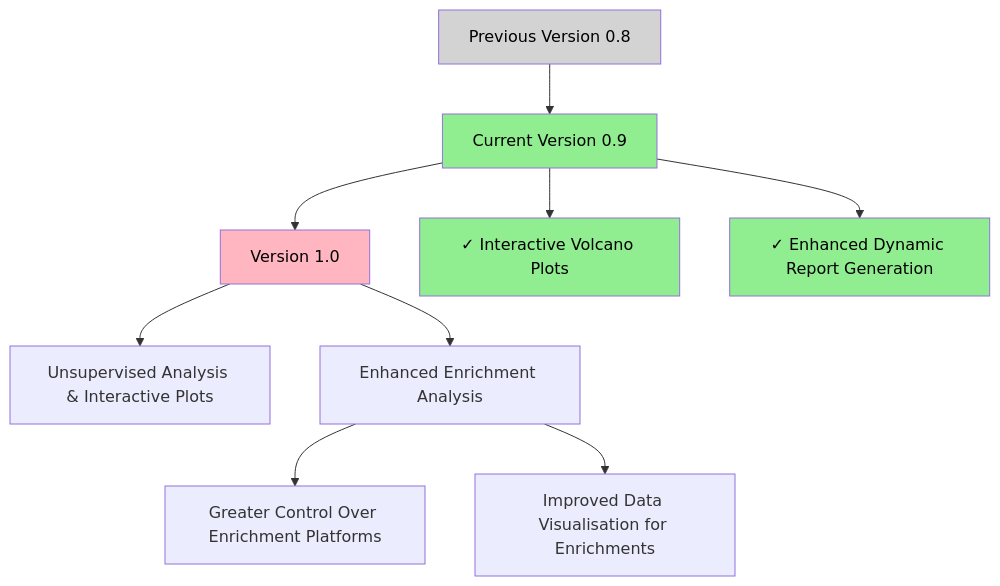
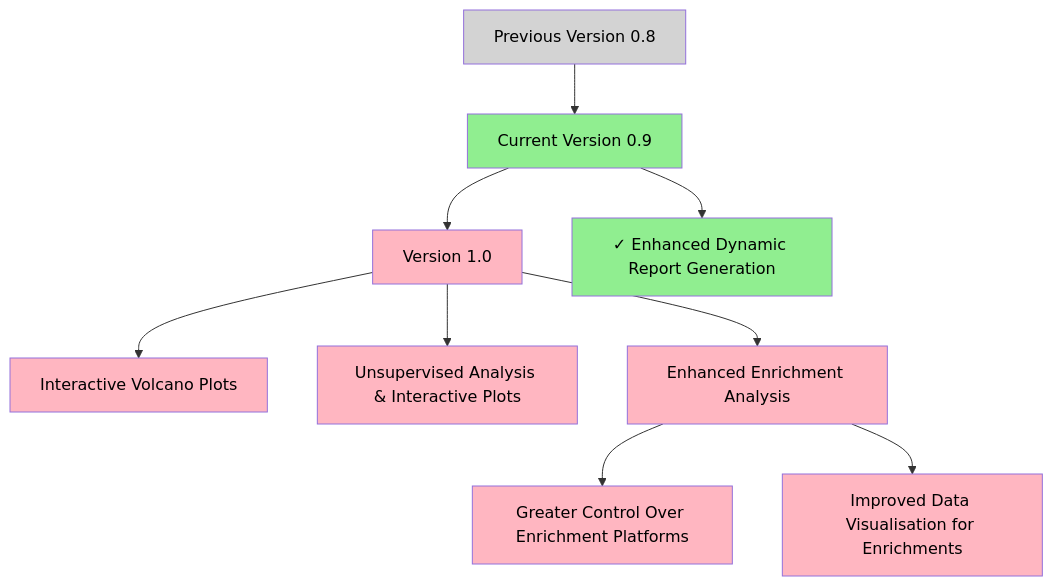
One commit to APAF-bioinformatics/ProteomeScholaR changed the diagram in README.md. Above: the diagram before and after it, drawn with Mermaid.

Commit message:
update roadmap in readme

````diff
--- a/README.md
+++ b/README.md
@@ -83,16 +83,20 @@
 ```mermaid
 graph TD
 A[Previous Version 0.8] --> B[Current Version 0.9]
 B --> C[Version 1.0]
-B --> D[✓ Interactive Volcano Plots]
 B --> E[✓ Enhanced Dynamic Report Generation]
+C --> D[Interactive Volcano Plots]
 C --> F[Unsupervised Analysis & Interactive Plots]
 C --> G[Enhanced Enrichment Analysis]
 G --> H[Greater Control Over Enrichment Platforms]
 G --> I[Improved Data Visualisation for Enrichments]
 style A fill:#D3D3D3,color:#000000
 style B fill:#90EE90,color:#000000
 style C fill:#FFB6C1,color:#000000
-style D fill:#90EE90,color:#000000
+style D fill:#FFB6C1,color:#000000
 style E fill:#90EE90,color:#000000
+style F fill:#FFB6C1,color:#000000
+style G fill:#FFB6C1,color:#000000
+style H fill:#FFB6C1,color:#000000
+style I fill:#FFB6C1,color:#000000
 ```
````
